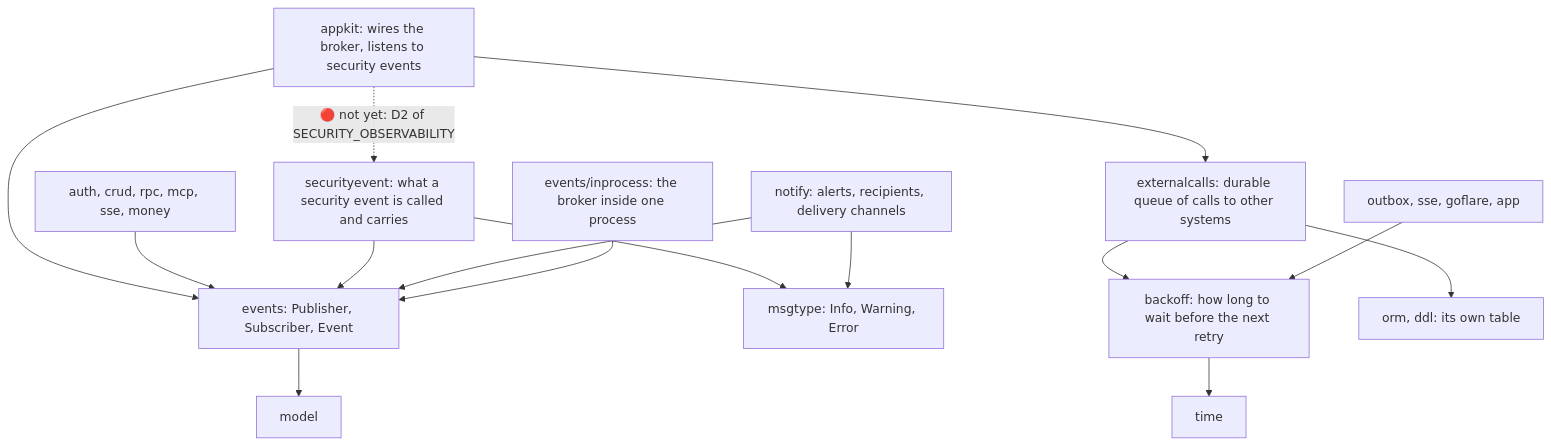
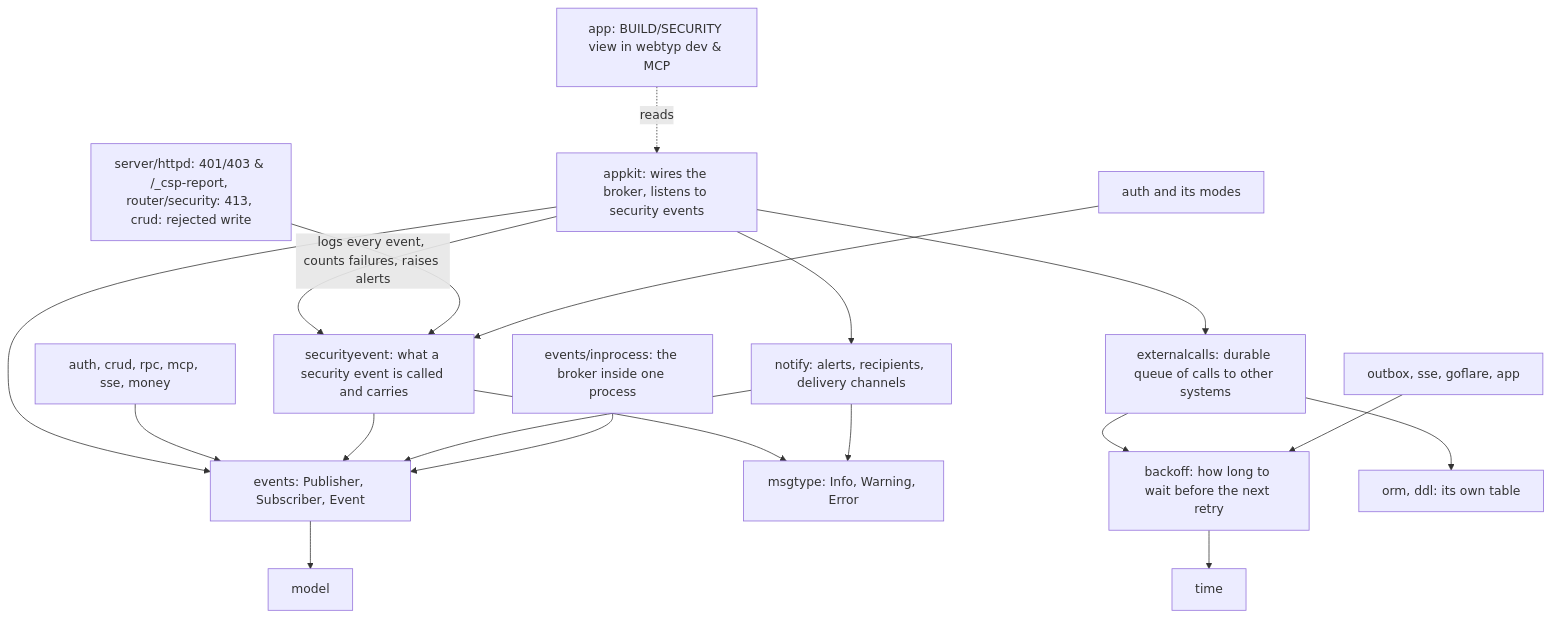
One commit to webtyp/devskills changed the diagram in skills/events-queues-and-alerts/SKILL.md. Above: the diagram before and after it, drawn with Mermaid. The commit also changed other lines of this file and 4 other files, not shown here.

First line of the commit message:
docs: close O3b/O5 security observability defects and document dom StyleProp/BindStyleProp CSP rule

````diff
--- a/skills/events-queues-and-alerts/SKILL.md
+++ b/skills/events-queues-and-alerts/SKILL.md
@@ -10,17 +10,21 @@
 ```mermaid
 flowchart TD
     appkit[appkit: wires the broker, listens to security events] --> events
     appkit --> externalcalls
-    appkit -.🔴 not yet: D2 of SECURITY_OBSERVABILITY.-> securityevent
+    appkit -->|logs every event, counts failures, raises alerts| securityevent
+    appkit --> notify
+    gate[server/httpd: 401/403 & /_csp-report, router/security: 413, crud: rejected write] --> securityevent
+    app[app: BUILD/SECURITY view in webtyp dev & MCP] -.reads.-> appkit
     auth[auth, crud, rpc, mcp, sse, money] --> events
+    authmodes[auth and its modes] --> securityevent
     securityevent[securityevent: what a security event is called and carries] --> events
     securityevent --> msgtype[msgtype: Info, Warning, Error]
     notify[notify: alerts, recipients, delivery channels] --> events
     notify --> msgtype
     externalcalls[externalcalls: durable queue of calls to other systems] --> backoff
     externalcalls --> orm[orm, ddl: its own table]
     outbox[outbox, sse, goflare, app] --> backoff
     backoff[backoff: how long to wait before the next retry] --> time
     inprocess[events/inprocess: the broker inside one process] --> events
     events[events: Publisher, Subscriber, Event] --> model
 ```
````
